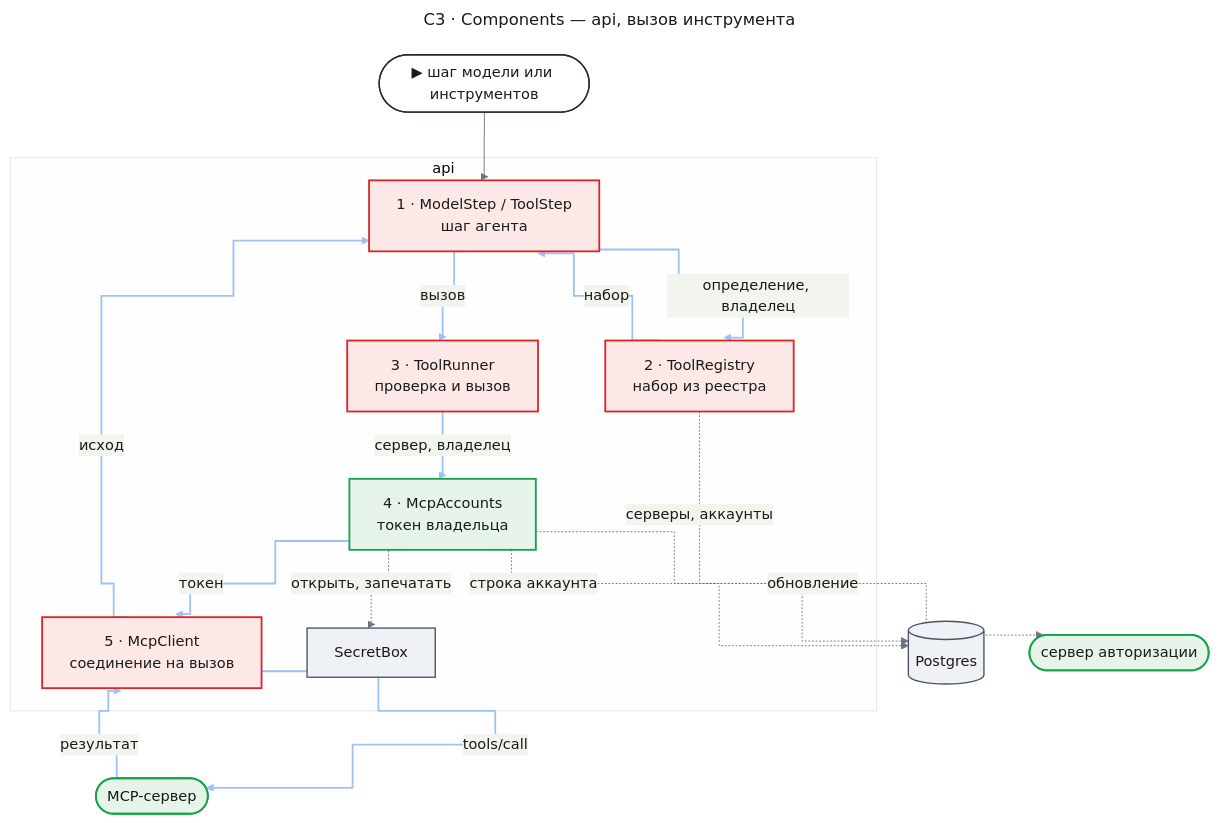
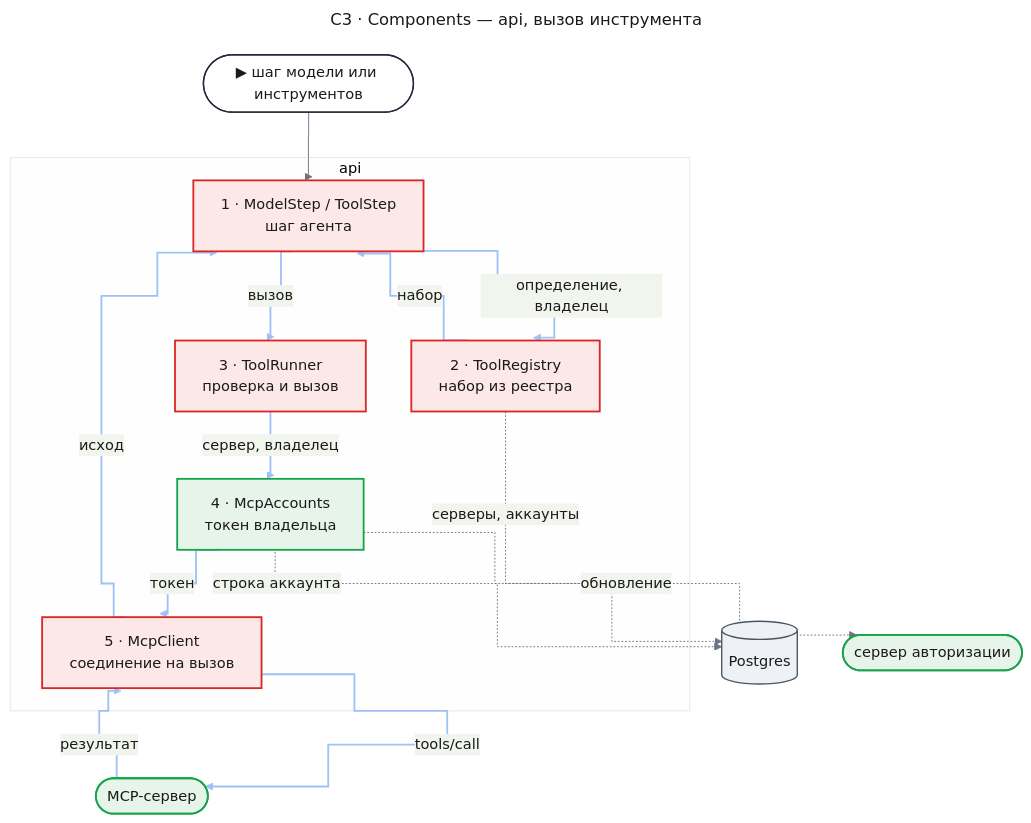
Before and after one commit to tundraray/agent-os: the third of 9 diagrams in docs/features/enterprise-access/design-mcp-connect.md, drawn with Mermaid. The commit also changed other lines of this file and 4 other files, not shown here.

````diff
--- a/docs/features/enterprise-access/design-mcp-connect.md
+++ b/docs/features/enterprise-access/design-mcp-connect.md
@@ -290,68 +290,66 @@
 ```mermaid
 ---
 title: "C3 · Components — api, вызов инструмента"
 config:
   theme: base
   look: classic
   themeVariables:
     primaryColor: "#eef1f5"
     primaryBorderColor: "#4b5563"
     primaryTextColor: "#1a1a1a"
     lineColor: "#6b7280"
   flowchart:
     curve: step
   themeCSS: |
     @keyframes litr_mc3a{0%,11.25%{stroke:#1d4ed8;stroke-width:6px}12.5%,100%{stroke:#9ec1f7;stroke-width:2px}}
 ---
 flowchart TB
     entry(["▶ шаг модели или инструментов"])
     subgraph api["api"]
         step["1 · ModelStep / ToolStep<br/>шаг агента"]
         reg["2 · ToolRegistry<br/>набор из реестра"]
         runner["3 · ToolRunner<br/>проверка и вызов"]
         acc["4 · McpAccounts<br/>токен владельца"]
         client["5 · McpClient<br/>соединение на вызов"]
-        box["SecretBox"]
     end
     db[("Postgres")]
     mcp(["MCP-сервер"])
     authz(["сервер авторизации"])
     entry --> step
     step e1@-->|"определение, владелец"| reg
     reg e2@-->|"набор"| step
     step e3@-->|"вызов"| runner
     runner e4@-->|"сервер, владелец"| acc
     acc e5@-->|"токен"| client
     client e6@-->|"tools/call"| mcp
     mcp e7@-->|"результат"| client
     client e8@-->|"исход"| step
     reg -.->|"серверы, аккаунты"| db
     acc -.->|"строка аккаунта"| db
-    acc -.->|"открыть, запечатать"| box
     acc -.->|"обновление"| authz
     classDef entry fill:#ffffff,stroke:#1f2937,stroke-width:1.5px,color:#1a1a1a
     classDef changed fill:#fde8e8,stroke:#dc2626,stroke-width:2px,color:#1a1a1a
     classDef new fill:#e6f4ea,stroke:#16a34a,stroke-width:2px,color:#1a1a1a
     classDef unchanged fill:#eef1f5,stroke:#4b5563,stroke-width:1.5px,color:#1a1a1a
     classDef r1 stroke:#9ec1f7,stroke-width:2px,animation:litr_mc3a 9.6s linear 0s infinite
     classDef r2 stroke:#9ec1f7,stroke-width:2px,animation:litr_mc3a 9.6s linear 1.2s infinite
     classDef r3 stroke:#9ec1f7,stroke-width:2px,animation:litr_mc3a 9.6s linear 2.4s infinite
     classDef r4 stroke:#9ec1f7,stroke-width:2px,animation:litr_mc3a 9.6s linear 3.6s infinite
     classDef r5 stroke:#9ec1f7,stroke-width:2px,animation:litr_mc3a 9.6s linear 4.8s infinite
     classDef r6 stroke:#9ec1f7,stroke-width:2px,animation:litr_mc3a 9.6s linear 6s infinite
     classDef r7 stroke:#9ec1f7,stroke-width:2px,animation:litr_mc3a 9.6s linear 7.2s infinite
     classDef r8 stroke:#9ec1f7,stroke-width:2px,animation:litr_mc3a 9.6s linear 8.4s infinite
     class entry entry
     class step,reg,runner,client changed
     class acc new
-    class box,db unchanged
+    class db unchanged
     class mcp,authz new
     class e1 r1
     class e2 r2
     class e3 r3
     class e4 r4
     class e5 r5
     class e6 r6
     class e7 r7
     class e8 r8
 ```
````
